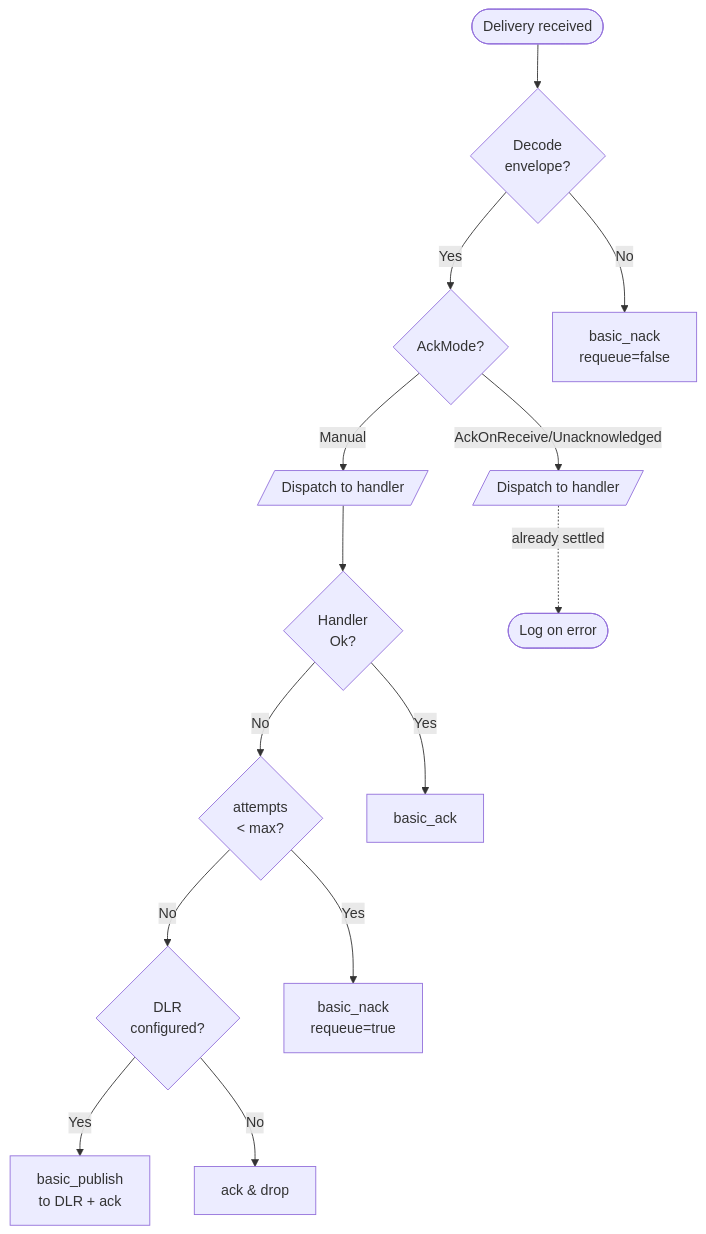
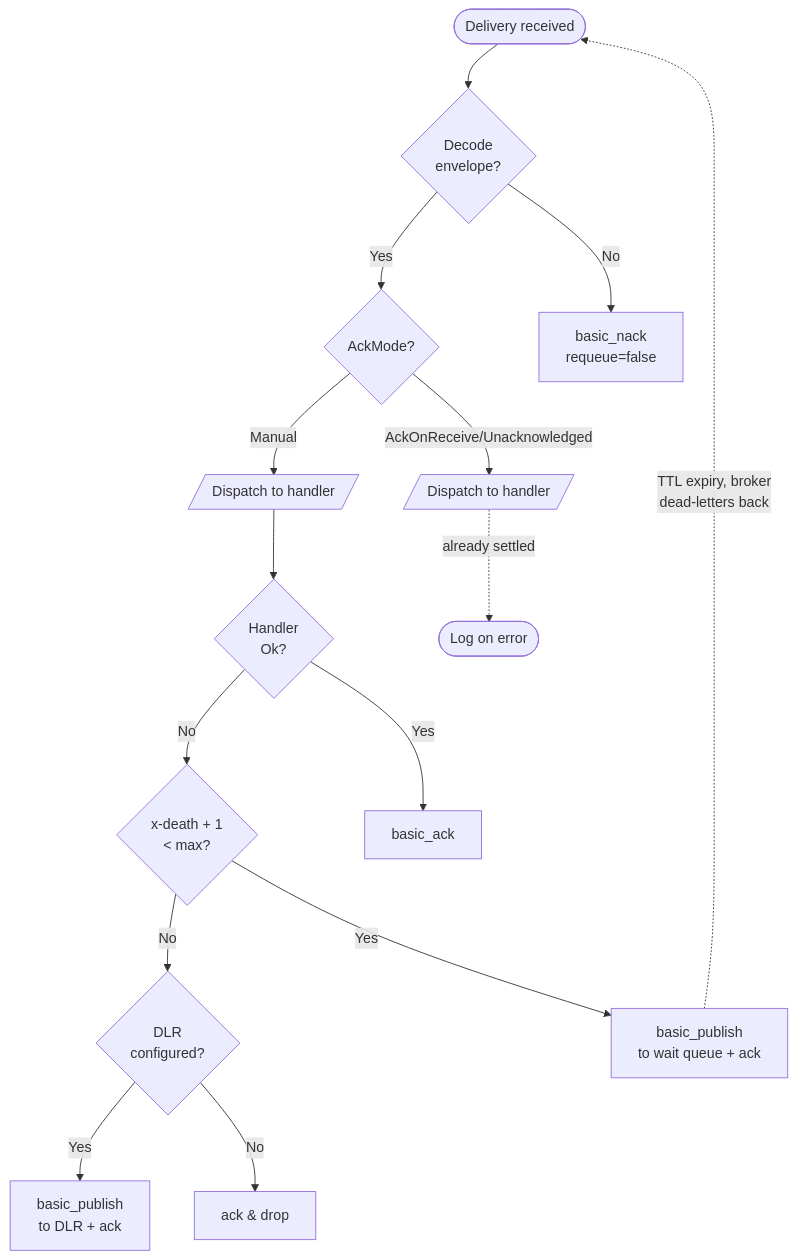
Before and after one commit to nubster-opensources/hexeract: the second of 2 diagrams in docs/architecture/bus-flow.md, drawn with Mermaid. The commit also changed other lines of this file and 4 other files, not shown here.

````diff
--- a/docs/architecture/bus-flow.md
+++ b/docs/architecture/bus-flow.md
@@ -46,29 +48,30 @@
 ```mermaid
 flowchart TD
     delivery([Delivery received])
     decode{Decode<br/>envelope?}
     ack_mode{AckMode?}
     dispatch[/Dispatch to handler/]
     handler_ok{Handler<br/>Ok?}
-    attempts{attempts<br/>< max?}
+    attempts{x-death + 1<br/>< max?}
     dlr{DLR<br/>configured?}
     ack[basic_ack]
-    nack_requeue[basic_nack<br/>requeue=true]
+    publish_wait[basic_publish<br/>to wait queue + ack]
     publish_dlr[basic_publish<br/>to DLR + ack]
     drop[ack & drop]
 
     delivery --> decode
     decode -- No --> nack_drop[basic_nack<br/>requeue=false]
     decode -- Yes --> ack_mode
     ack_mode -- AckOnReceive/Unacknowledged --> dispatch_auto[/Dispatch to handler/]
     ack_mode -- Manual --> dispatch
     dispatch_auto -. already settled .-> ignore_outcome([Log on error])
 
     dispatch --> handler_ok
     handler_ok -- Yes --> ack
     handler_ok -- No --> attempts
-    attempts -- Yes --> nack_requeue
+    attempts -- Yes --> publish_wait
+    publish_wait -. TTL expiry, broker<br/>dead-letters back .-> delivery
     attempts -- No --> dlr
     dlr -- Yes --> publish_dlr
     dlr -- No --> drop
 ```
````
